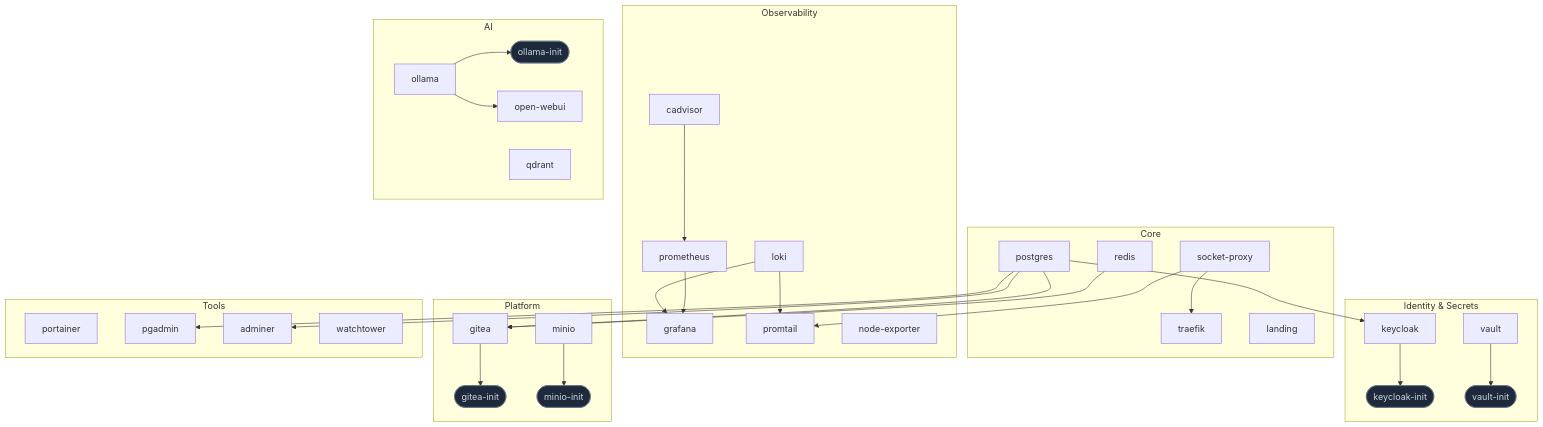
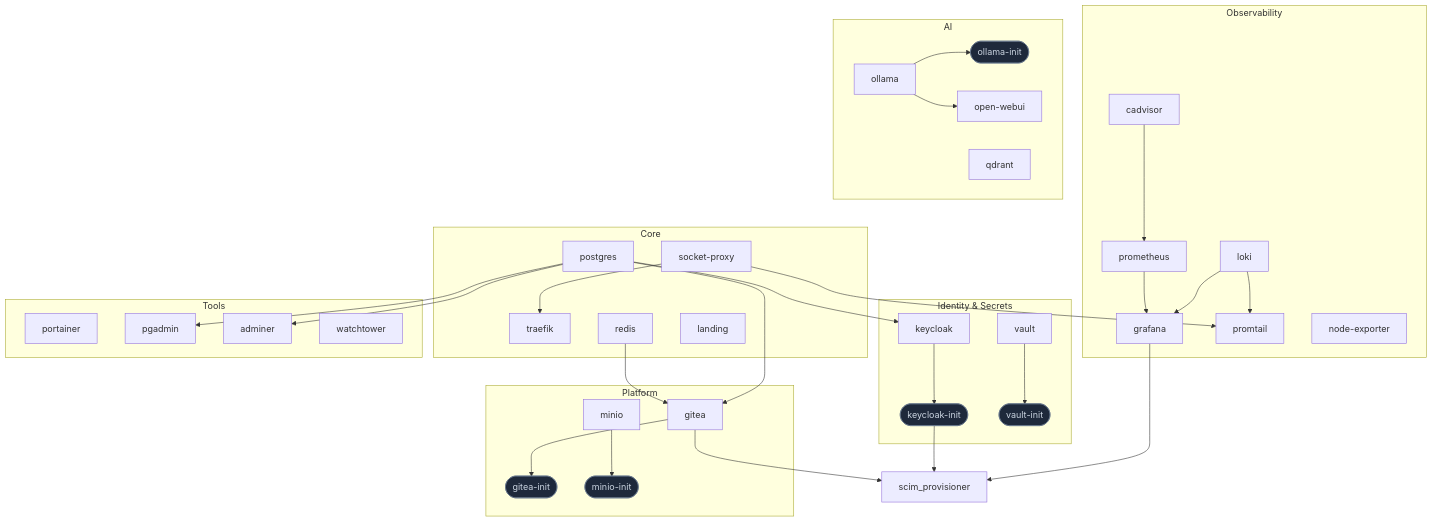
Before and after one commit to chriswayneh/lab-in-a-box: the diagram in architecture/dependency-graph.mmd, drawn with Mermaid. The commit also changed 23 other files, not shown here.

````diff
--- a/architecture/dependency-graph.mmd
+++ b/architecture/dependency-graph.mmd
@@ -1,63 +1,66 @@
 %% GENERATED FILE — do not edit by hand. Regenerate with: make docs
 %% Renders natively on GitHub inside a ```mermaid fence.
 graph TD
     subgraph Core["Core"]
         traefik["traefik"]
         socket_proxy["socket-proxy"]
         postgres["postgres"]
         redis["redis"]
         landing["landing"]
     end
     subgraph Identity_and_Secrets["Identity & Secrets"]
         keycloak["keycloak"]
         keycloak_init(["keycloak-init"])
         vault["vault"]
         vault_init(["vault-init"])
     end
     subgraph Observability["Observability"]
         prometheus["prometheus"]
         grafana["grafana"]
         loki["loki"]
         promtail["promtail"]
         cadvisor["cadvisor"]
         node_exporter["node-exporter"]
     end
     subgraph AI["AI"]
         ollama["ollama"]
         ollama_init(["ollama-init"])
         open_webui["open-webui"]
         qdrant["qdrant"]
     end
     subgraph Platform["Platform"]
         gitea["gitea"]
         gitea_init(["gitea-init"])
         minio["minio"]
         minio_init(["minio-init"])
     end
     subgraph Tools["Tools"]
         portainer["portainer"]
         pgadmin["pgadmin"]
         adminer["adminer"]
         watchtower["watchtower"]
     end
 
     postgres --> adminer
     postgres --> gitea
     redis --> gitea
     gitea --> gitea_init
     loki --> grafana
     prometheus --> grafana
     postgres --> keycloak
     keycloak --> keycloak_init
     minio --> minio_init
     ollama --> ollama_init
     ollama --> open_webui
     postgres --> pgadmin
     cadvisor --> prometheus
     loki --> promtail
     socket_proxy --> promtail
+    gitea --> scim_provisioner
+    grafana --> scim_provisioner
+    keycloak_init --> scim_provisioner
     socket_proxy --> traefik
     vault --> vault_init
 
     classDef initJob fill:#1e293b,stroke:#64748b,stroke-width:1px,color:#cbd5e1;
     class gitea_init,keycloak_init,minio_init,ollama_init,vault_init initJob;
````
